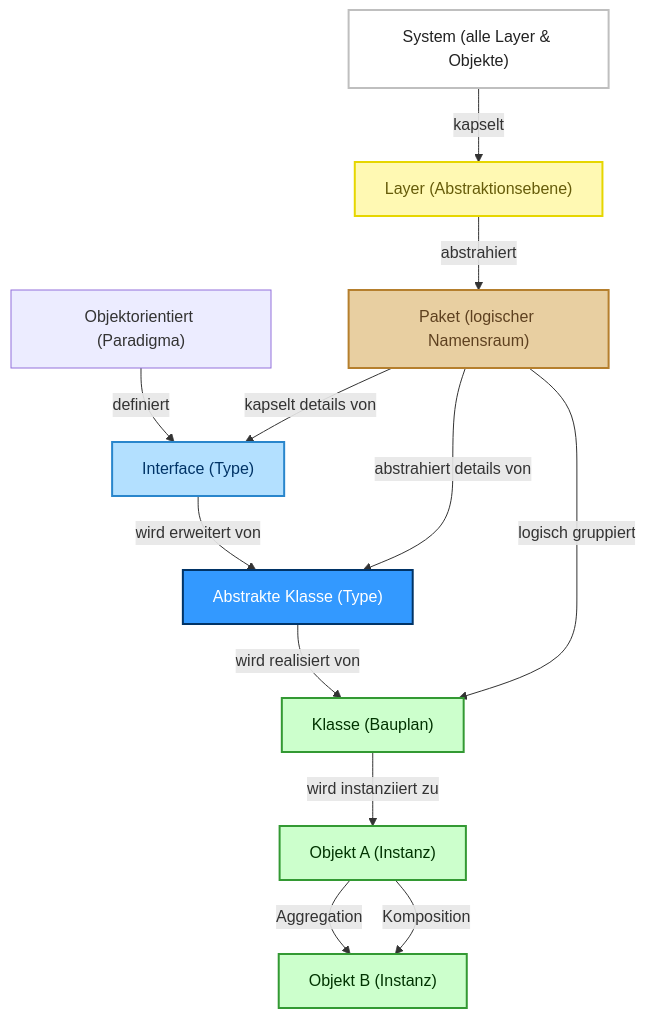
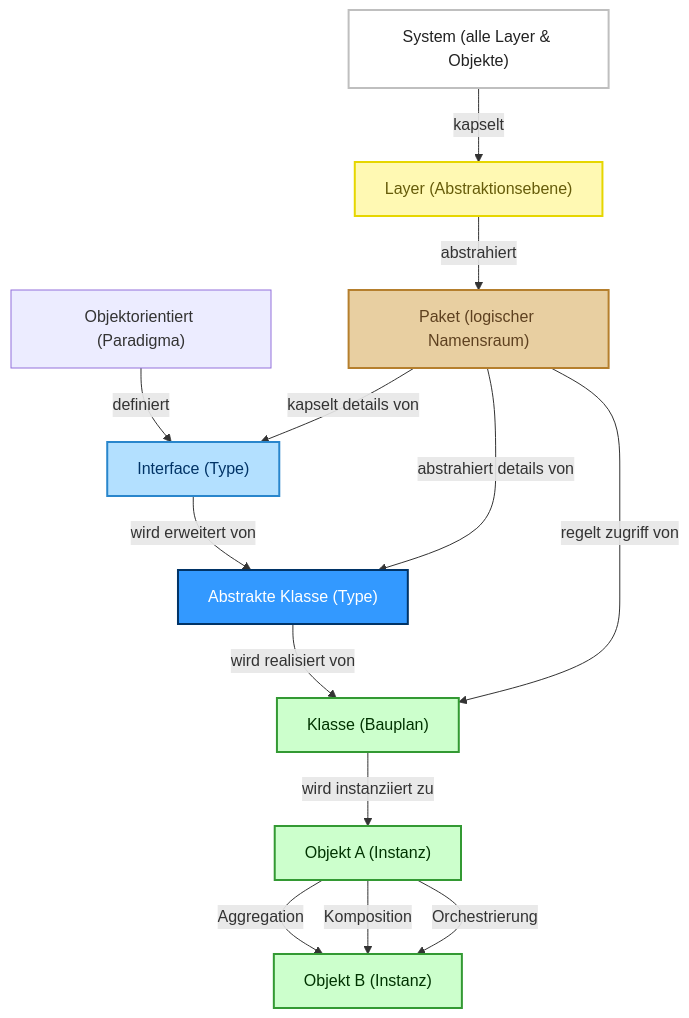
The first of 10 diagrams in blog/000_about.md (andreas-wagner-dev/object-oriented-learning-journey), drawn with Mermaid before and after one commit. The commit also changed other lines of this file, not shown here.

````diff
--- a/blog/000_about.md
+++ b/blog/000_about.md
@@ -31,39 +19,40 @@
 ```mermaid
 flowchart TD
 
     OO["Objektorientiert (Paradigma)"]
 
     TI["Interface (Type)"]:::interface
     TA["Abstrakte Klasse (Type)"]:::abstractclass
     C["Klasse (Bauplan)"]:::classbox
     O1["Objekt A (Instanz)"]:::classbox
     O2["Objekt B (Instanz)"]:::classbox
 
     P["Paket (logischer Namensraum)"]:::package
     L["Layer (Abstraktionsebene)"]:::layer
     S["System (alle Layer & Objekte)"]:::system
 
     OO -- definiert --> TI
     TI -- wird erweitert von --> TA
     TA -- wird realisiert von --> C
     C -- wird instanziiert zu --> O1
 
     P -- kapselt details von --> TI
     P -- abstrahiert details von --> TA
-    P -- logisch gruppiert --> C
+    P -- regelt zugriff von --> C
 
     L -- abstrahiert --> P
     S -- kapselt --> L
 
     %% Aggregation und Komposition: Nur normale Linien plus Text
     O1 -- Aggregation --> O2
     O1 -- Komposition --> O2
-
+    O1 -- Orchestrierung --> O2
+    
     %% Farbdefinitionen
     classDef interface fill:#b3e0ff,stroke:#2986cc,stroke-width:2px,color:#003366,font-size:16px;
     classDef abstractclass fill:#3399ff,stroke:#003366,stroke-width:2px,color:#ffffff,font-size:16px;
     classDef classbox fill:#ccffcc,stroke:#339933,stroke-width:2px,color:#003300,font-size:16px;
     classDef package fill:#e8cfa1,stroke:#b57f2d,stroke-width:2px,color:#5e4120,font-size:16px;
     classDef layer fill:#fff9b3,stroke:#e6d600,stroke-width:2px,color:#665c0a,font-size:16px;
     classDef system fill:#ffffff,stroke:#bfbfbf,stroke-width:2px,color:#222,font-size:16px;
 ```
````
